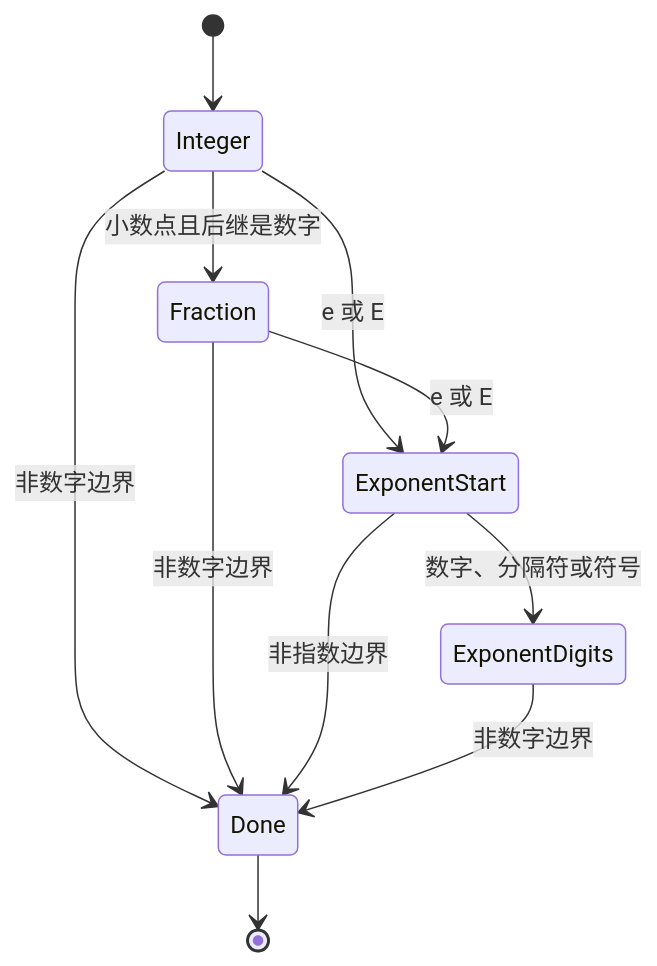
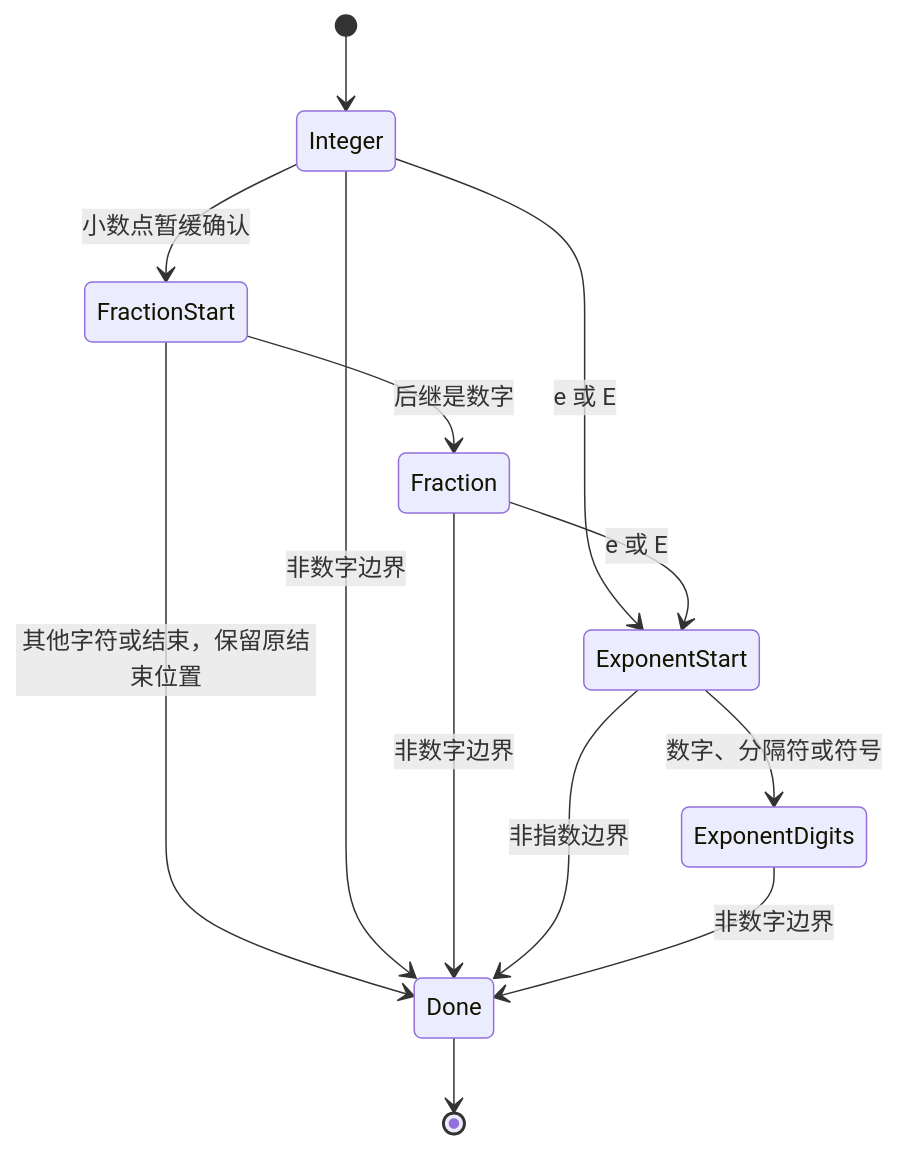
The second of 2 diagrams in docs/2026-10-05/自举词法扫描实施.md (MatrixAges/zxc), drawn with Mermaid before and after one commit. The commit also changed other lines of this file and 26 other files, not shown here.

````diff
--- a/docs/2026-10-05/自举词法扫描实施.md
+++ b/docs/2026-10-05/自举词法扫描实施.md
@@ -39,13 +39,15 @@
 ```mermaid
 stateDiagram-v2
     [*] --> Integer
-    Integer --> Fraction: 小数点且后继是数字
+    Integer --> FractionStart: 小数点暂缓确认
+    FractionStart --> Fraction: 后继是数字
+    FractionStart --> Done: 其他字符或结束，保留原结束位置
     Integer --> ExponentStart: e 或 E
     Fraction --> ExponentStart: e 或 E
     ExponentStart --> ExponentDigits: 数字、分隔符或符号
     Integer --> Done: 非数字边界
     Fraction --> Done: 非数字边界
     ExponentStart --> Done: 非指数边界
     ExponentDigits --> Done: 非数字边界
     Done --> [*]
 ```
````
